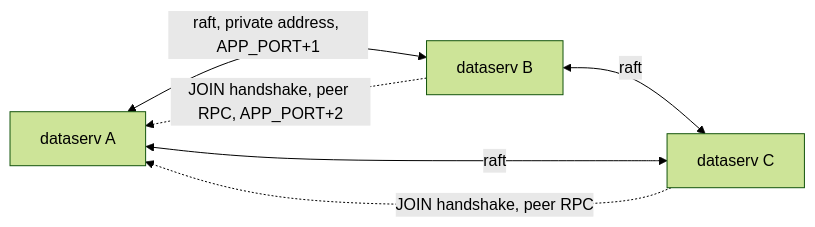
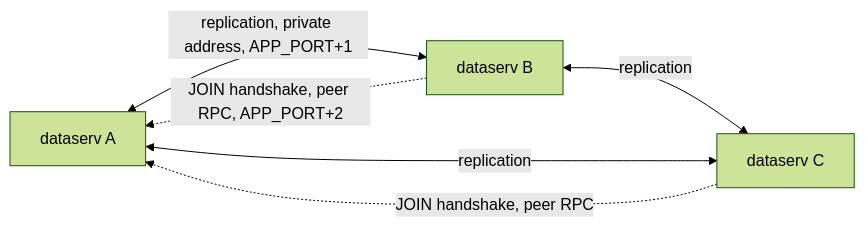
Before and after one commit to mountos-io/skills: the fifth of 6 diagrams in deploy/deploy.bundle.md, drawn with Mermaid (forest theme). The commit also changed other lines of this file and 20 other files, not shown here.

````diff
--- a/deploy/deploy.bundle.md
+++ b/deploy/deploy.bundle.md
@@ -380,8 +381,8 @@
 ```mermaid
 flowchart LR
-  N1["dataserv A"] <-->|"raft, private address, APP_PORT+1"| N2["dataserv B"]
-  N2 <-->|"raft"| N3["dataserv C"]
-  N1 <-->|"raft"| N3
+  N1["dataserv A"] <-->|"replication, private address, APP_PORT+1"| N2["dataserv B"]
+  N2 <-->|"replication"| N3["dataserv C"]
+  N1 <-->|"replication"| N3
   N2 -.->|"JOIN handshake, peer RPC, APP_PORT+2"| N1
   N3 -.->|"JOIN handshake, peer RPC"| N1
 ```
````
